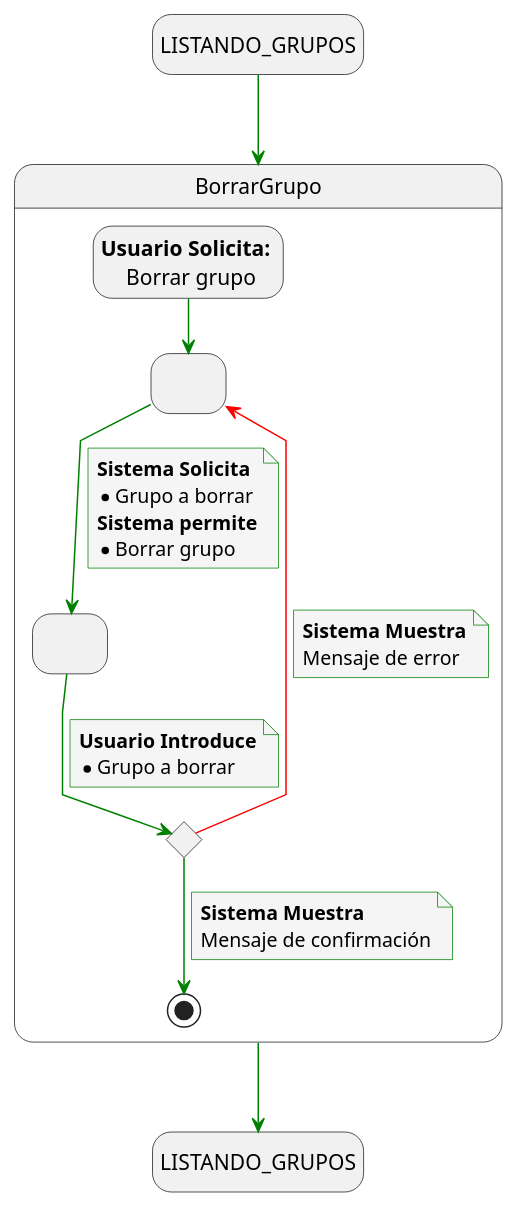
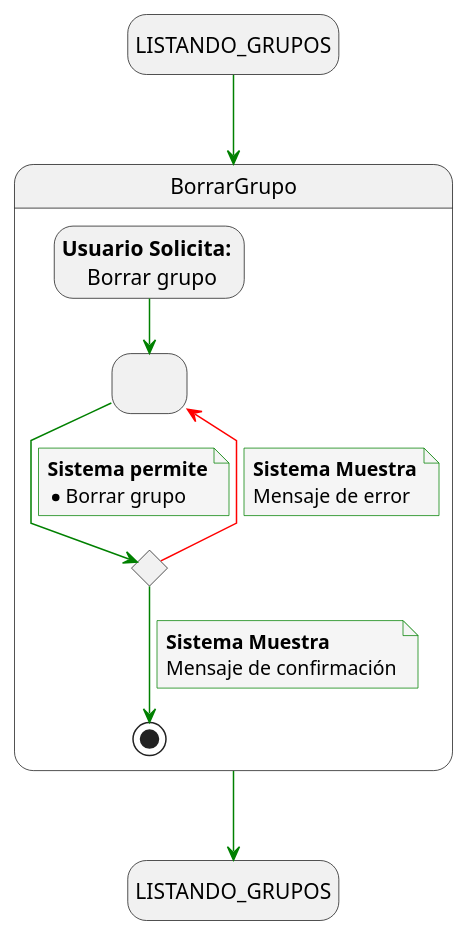
One commit to mmasias/24-25-IdSw1-SDR changed the diagram in docs/casosDeUso/detalladoCasosDeUso/detalladoGrupos/detalladoBorrarGrupos.puml. Above: the diagram before and after it, drawn with PlantUML.

Commit message:
FIX/ arreglo de borrar

```diff
--- a/docs/casosDeUso/detalladoCasosDeUso/detalladoGrupos/detalladoBorrarGrupos.puml
+++ b/docs/casosDeUso/detalladoCasosDeUso/detalladoGrupos/detalladoBorrarGrupos.puml
@@ -1,54 +1,45 @@
 @startuml borrar_grupo
 
 skinparam {
     NoteBackgroundColor #whiteSmoke
     ArrowColor #green
     NoteBorderColor #green
     linetype polyline
 }
 
 hide empty description
 
 state startState as "LISTANDO_GRUPOS"
 state endState as "LISTANDO_GRUPOS"
 
 startState --> BorrarGrupo
 
 BorrarGrupo --> endState
 
 state BorrarGrupo {
     state solicitudFiltros as " "
-    state envioFiltros as " "
     state revisionFiltrosEnviados <<choice>>
     state usuarioSolicita as "<b>Usuario Solicita:</b> \n Borrar grupo"
 
     usuarioSolicita --> solicitudFiltros
 
-    solicitudFiltros --> envioFiltros
+    solicitudFiltros --> revisionFiltrosEnviados
     note on link
-        <b>Sistema Solicita</b>
-        * Grupo a borrar
         <b>Sistema permite</b>
         * Borrar grupo
-    end note
-
-    envioFiltros --> revisionFiltrosEnviados
-    note on link
-        <b>Usuario Introduce</b>
-        * Grupo a borrar
     end note
 
     revisionFiltrosEnviados -[#red]-> solicitudFiltros
     note on link
         <b>Sistema Muestra</b>
         Mensaje de error
     end note
 
     revisionFiltrosEnviados --> [*]
     note on link
         <b>Sistema Muestra</b>
         Mensaje de confirmación
     end note
 }
 
 @enduml
```
